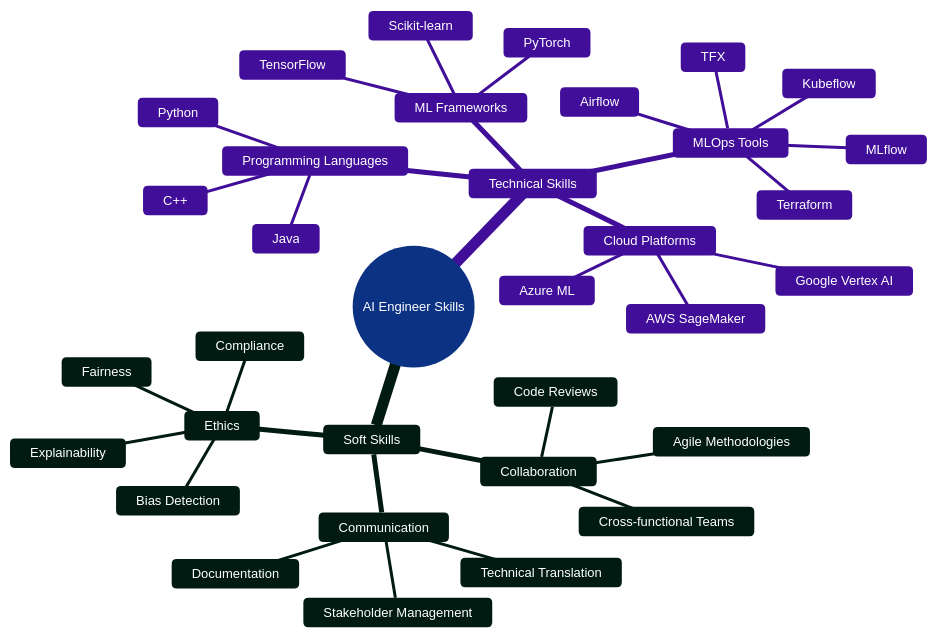
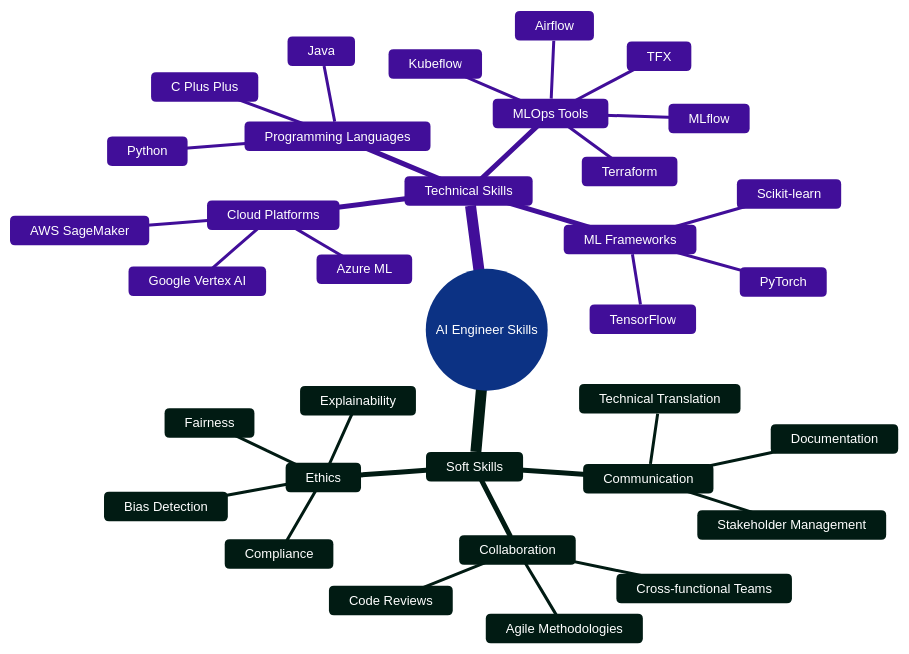
Before and after one commit to khaosans/articles: the second of 4 diagrams in guides/roles/ai-engineer.md, drawn with Mermaid. The commit also changed 1 other file, not shown here.

Commit message:
Fix Mermaid diagram syntax issues
- Fixed & characters in mindmap nodes by replacing with 'and'
- Fixed arrow syntax in comparison diagram by changing -.-> to -->
- Fixed C++ reference by changing to 'C Plus Plus'
- All enhanced diagrams now pass MCP validation

````diff
--- a/guides/roles/ai-engineer.md
+++ b/guides/roles/ai-engineer.md
@@ -66,38 +66,38 @@
 ```mermaid
 %%{init: {'theme': 'base', 'themeVariables': { 'fontSize': '13px', 'fontFamily': 'Segoe UI, Arial, sans-serif', 'primaryColor': '#2563eb', 'primaryTextColor': '#ffffff', 'primaryBorderColor': '#1e40af', 'lineColor': '#64748b', 'secondaryColor': '#7c3aed', 'tertiaryColor': '#059669'}}}%%
 mindmap
   root((AI Engineer Skills))
     Technical Skills
       Programming Languages
         Python
         Java
-        C++
+        C Plus Plus
       ML Frameworks
         TensorFlow
         PyTorch
         Scikit-learn
       Cloud Platforms
         AWS SageMaker
         Azure ML
         Google Vertex AI
       MLOps Tools
         Kubeflow
         MLflow
         TFX
         Airflow
         Terraform
     Soft Skills
       Communication
         Technical Translation
         Stakeholder Management
         Documentation
       Collaboration
         Cross-functional Teams
         Agile Methodologies
         Code Reviews
       Ethics
         Bias Detection
         Explainability
         Compliance
         Fairness
 ```
````
